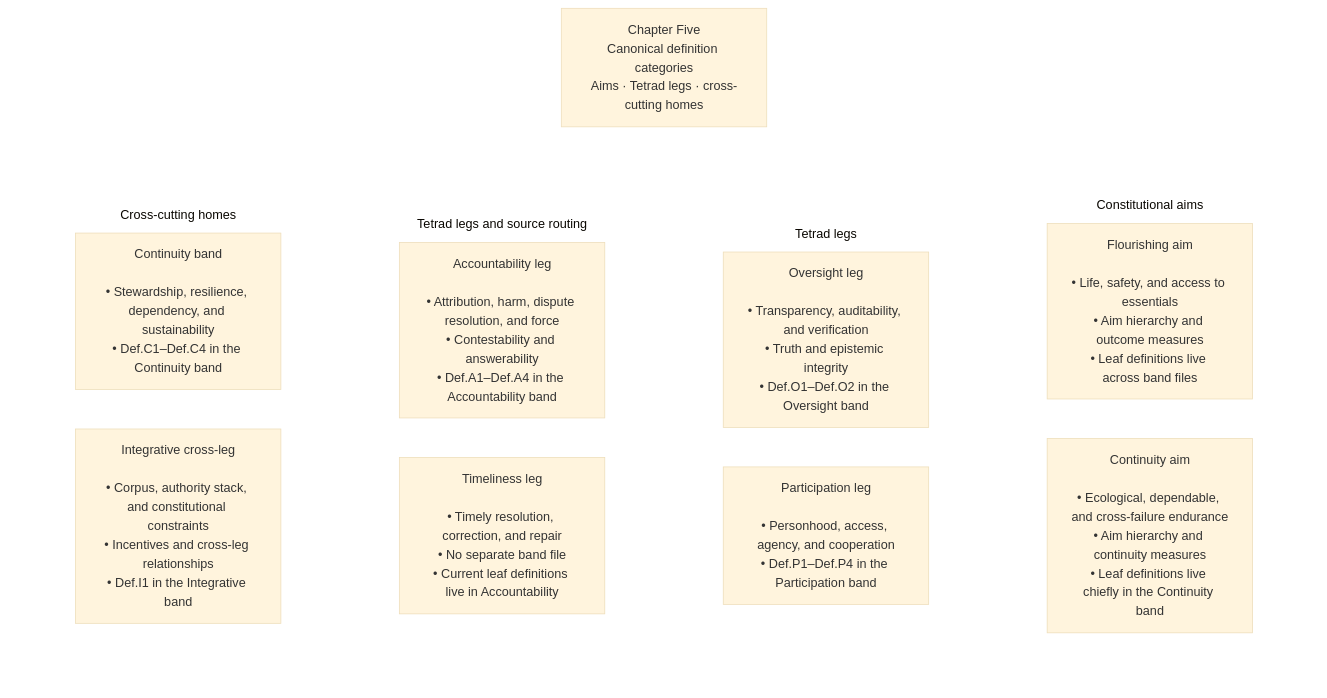
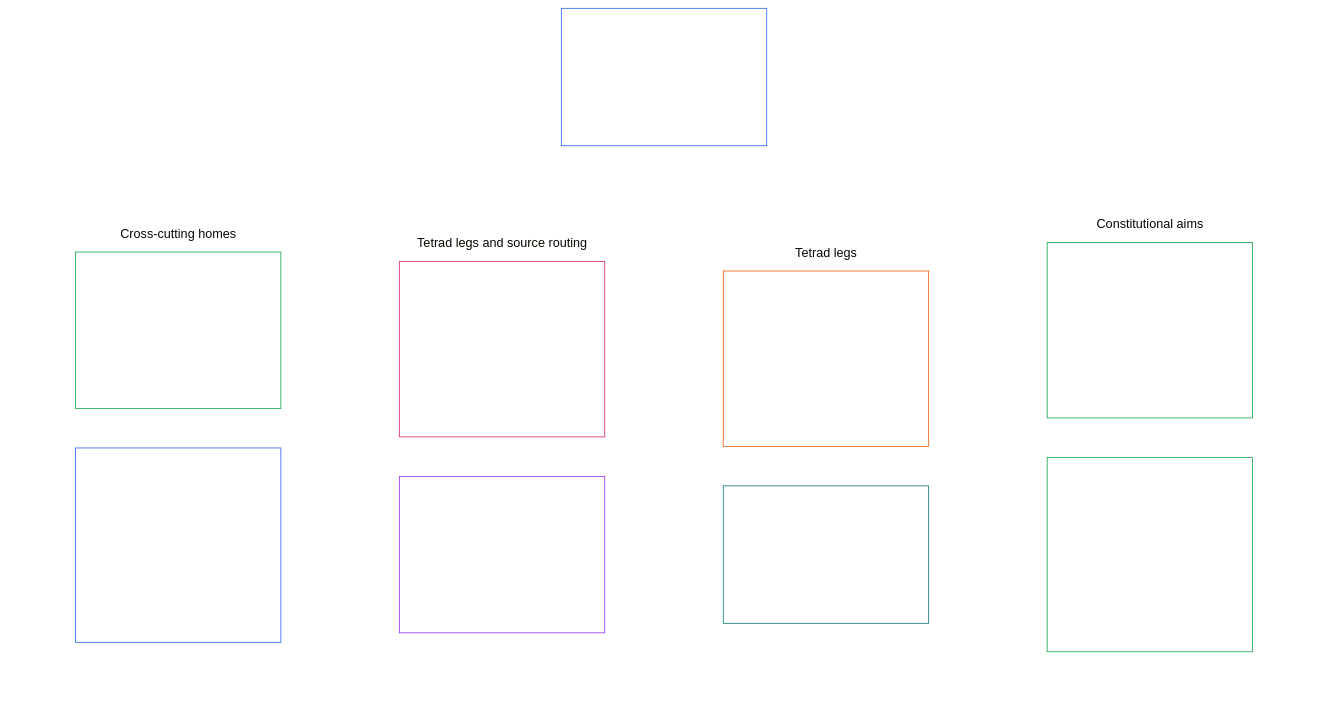
Before and after one commit to kfoelsch/Sentient_Constitution: the eighth of 20 diagrams in CONCEPTUAL_OVERVIEW.md, drawn with Mermaid (base theme). The commit also changed other lines of this file and 22 other files, not shown here.

````diff
--- a/CONCEPTUAL_OVERVIEW.md
+++ b/CONCEPTUAL_OVERVIEW.md
@@ -331,33 +381,42 @@
 ```mermaid
 flowchart TB
-    D0["Chapter Five<br/>Canonical definition categories<br/>Aims · Tetrad legs · cross-cutting homes"]
+    D0["Chapter Five<br/><br/>Canonical definition categories<br/>Aims · Tetrad legs · cross-cutting homes"]
     subgraph Dgrid[" "]
         direction TB
         subgraph Drow1["Constitutional aims"]
             direction LR
             F["Flourishing aim<br/><br/>• Life, safety, and access to essentials<br/>• Aim hierarchy and outcome measures<br/>• Leaf definitions live across band files"]
             C["Continuity aim<br/><br/>• Ecological, dependable, and cross-failure endurance<br/>• Aim hierarchy and continuity measures<br/>• Leaf definitions live chiefly in the Continuity band"]
         end
         subgraph Drow2["Tetrad legs"]
             direction LR
             O["Oversight leg<br/><br/>• Transparency, auditability, and verification<br/>• Truth and epistemic integrity<br/>• Def.O1–Def.O2 in the Oversight band"]
             P["Participation leg<br/><br/>• Personhood, access, agency, and cooperation<br/>• Def.P1–Def.P4 in the Participation band"]
         end
         subgraph Drow3["Tetrad legs and source routing"]
             direction LR
             A["Accountability leg<br/><br/>• Attribution, harm, dispute resolution, and force<br/>• Contestability and answerability<br/>• Def.A1–Def.A4 in the Accountability band"]
             T["Timeliness leg<br/><br/>• Timely resolution, correction, and repair<br/>• No separate band file<br/>• Current leaf definitions live in Accountability"]
         end
         subgraph Drow4["Cross-cutting homes"]
             direction LR
             K["Continuity band<br/><br/>• Stewardship, resilience, dependency, and sustainability<br/>• Def.C1–Def.C4 in the Continuity band"]
             I["Integrative cross-leg<br/><br/>• Corpus, authority stack, and constitutional constraints<br/>• Incentives and cross-leg relationships<br/>• Def.I1 in the Integrative band"]
         end
     end
     D0 ~~~ Dgrid
     style Dgrid fill:none,stroke:none
     style Drow1 fill:none,stroke:none
     style Drow2 fill:none,stroke:none
     style Drow3 fill:none,stroke:none
     style Drow4 fill:none,stroke:none
+    style D0 fill:none,stroke:#2563eb,color:#ffffff
+    style F fill:none,stroke:#16a34a,color:#ffffff
+    style C fill:none,stroke:#16a34a,color:#ffffff
+    style O fill:none,stroke:#ea580c,color:#ffffff
+    style P fill:none,stroke:#0f766e,color:#ffffff
+    style A fill:none,stroke:#db2777,color:#ffffff
+    style T fill:none,stroke:#9333ea,color:#ffffff
+    style K fill:none,stroke:#16a34a,color:#ffffff
+    style I fill:none,stroke:#2563eb,color:#ffffff
 ```
````
